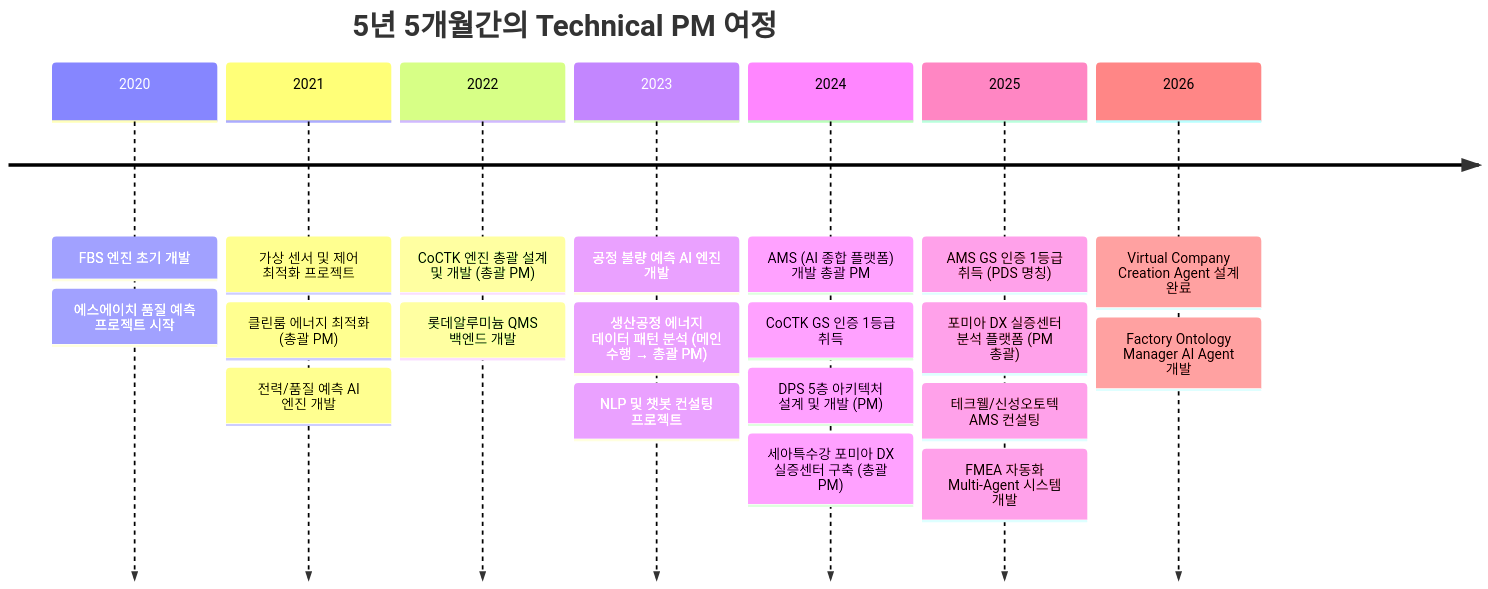
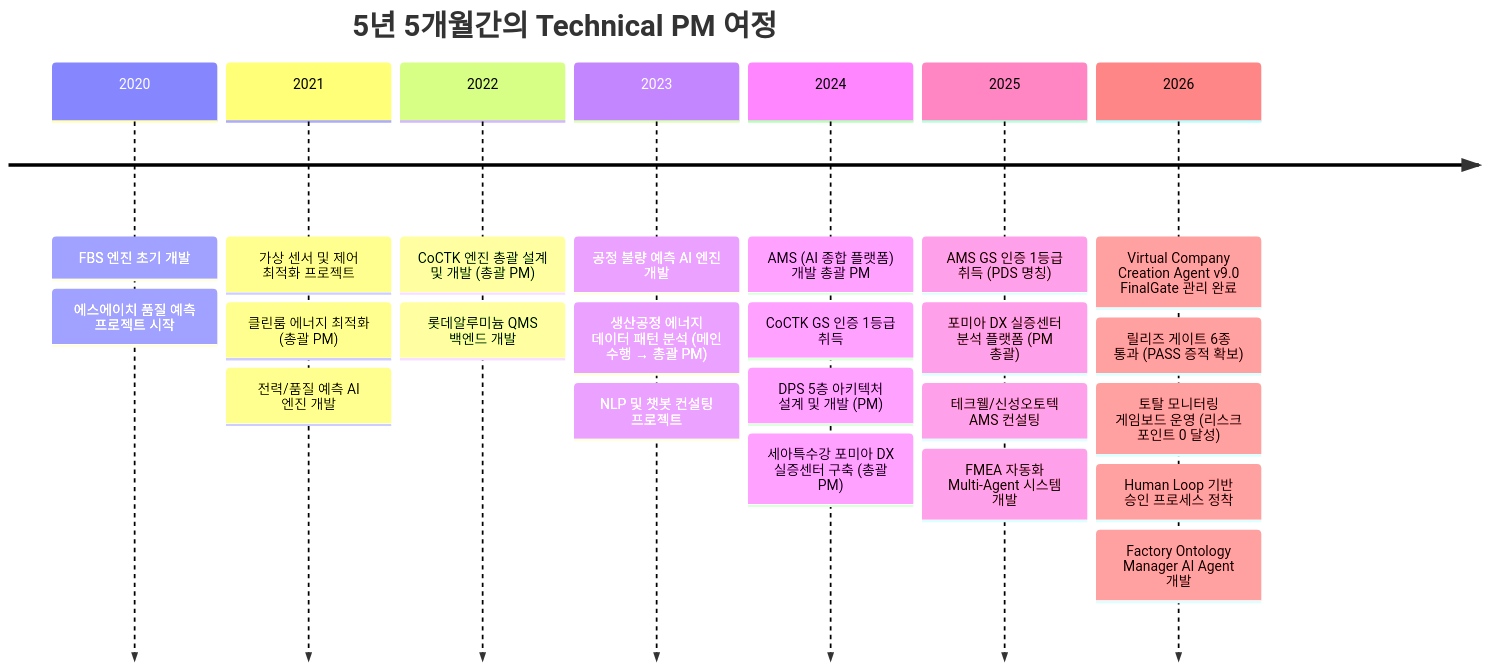
The first of 4 diagrams in portfolio/portfolio_docs/resume_generator/assets/일반공개/권순룡_이력서_일반공개_Technical_PM.md (moobaek/Testing_AI_agents_for_public_use), drawn with Mermaid before and after one commit. The commit also changed other lines of this file and 14 other files, not shown here.

````diff
--- a/portfolio/portfolio_docs/resume_generator/assets/일반공개/권순룡_이력서_일반공개_Technical_PM.md
+++ b/portfolio/portfolio_docs/resume_generator/assets/일반공개/권순룡_이력서_일반공개_Technical_PM.md
@@ -17,24 +17,27 @@
 ```mermaid
 timeline
     title 5년 5개월간의 Technical PM 여정
     2020 : FBS 엔진 초기 개발
          : 에스에이치 품질 예측 프로젝트 시작
     2021 : 가상 센서 및 제어 최적화 프로젝트
          : 클린룸 에너지 최적화 (총괄 PM)
          : 전력/품질 예측 AI 엔진 개발
     2022 : CoCTK 엔진 총괄 설계 및 개발 (총괄 PM)
          : 롯데알루미늄 QMS 백엔드 개발
     2023 : 공정 불량 예측 AI 엔진 개발
          : 생산공정 에너지 데이터 패턴 분석 (메인 수행 → 총괄 PM)
          : NLP 및 챗봇 컨설팅 프로젝트
     2024 : AMS (AI 종합 플랫폼) 개발 총괄 PM
          : CoCTK GS 인증 1등급 취득
          : DPS 5층 아키텍처 설계 및 개발 (PM)
          : 세아특수강 포미아 DX 실증센터 구축 (총괄 PM)
     2025 : AMS GS 인증 1등급 취득 (PDS 명칭)
          : 포미아 DX 실증센터 분석 플랫폼 (PM 총괄)
          : 테크웰/신성오토텍 AMS 컨설팅
          : FMEA 자동화 Multi-Agent 시스템 개발
-    2026 : Virtual Company Creation Agent 설계 완료
+    2026 : Virtual Company Creation Agent v9.0 FinalGate 관리 완료
+         : 릴리즈 게이트 6종 통과 (PASS 증적 확보)
+         : 토탈 모니터링 게임보드 운영 (리스크 포인트 0 달성)
+         : Human Loop 기반 승인 프로세스 정착
          : Factory Ontology Manager AI Agent 개발
 ```
````
